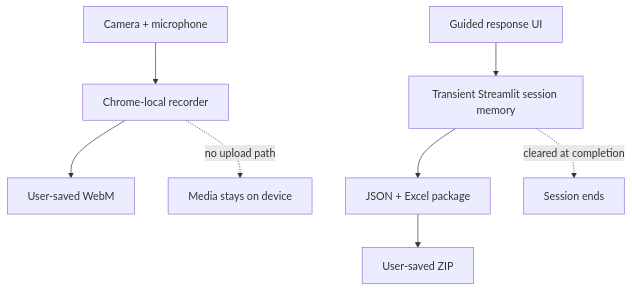
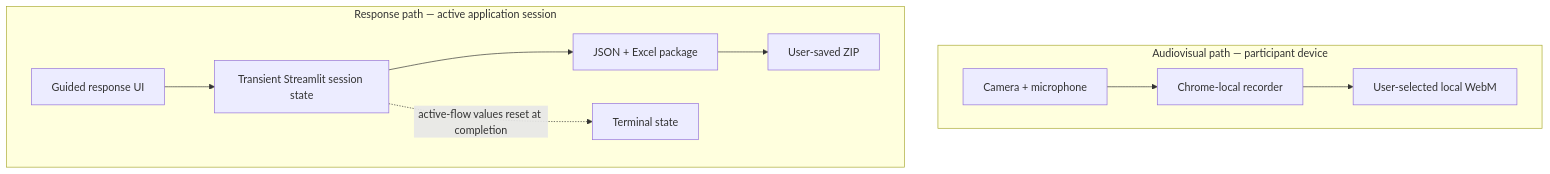
Before and after one commit to YaoZeLiu0417/physical-stimulation-session-recorder-showcase: the diagram in README.md, drawn with Mermaid. The commit also changed other lines of this file and 2 other files, not shown here.

````diff
--- a/README.md
+++ b/README.md
@@ -85,10 +80,16 @@
 ```mermaid
-flowchart TD
-    CAM[Camera + microphone] --> REC[Chrome-local recorder]
-    REC --> WEBM[User-saved WebM]
-    REC -. no upload path .-> LOCAL[Media stays on device]
-    UI[Guided response UI] --> MEM[Transient Streamlit session memory]
-    MEM --> PACK[JSON + Excel package]
-    PACK --> ZIP[User-saved ZIP]
-    MEM -. cleared at completion .-> END[Session ends]
+flowchart TB
+    subgraph MEDIA["Audiovisual path — participant device"]
+        direction LR
+        CAM["Camera + microphone"] --> REC["Chrome-local recorder"]
+        REC --> WEBM["User-selected local WebM"]
+    end
+
+    subgraph RESPONSES["Response path — active application session"]
+        direction LR
+        UI["Guided response UI"] --> MEM["Transient Streamlit session state"]
+        MEM --> PACK["JSON + Excel package"]
+        PACK --> ZIP["User-saved ZIP"]
+        MEM -. "active-flow values reset at completion" .-> END["Terminal state"]
+    end
 ```
````
